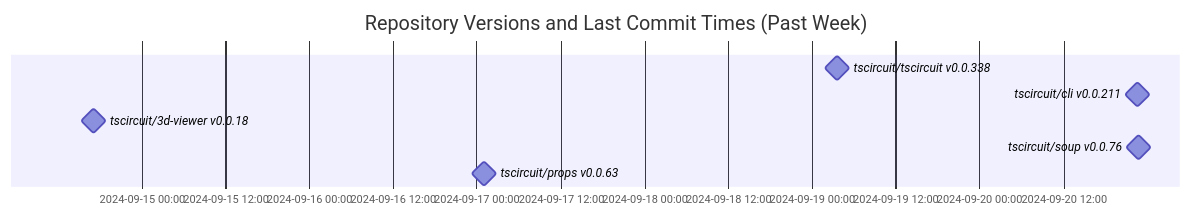
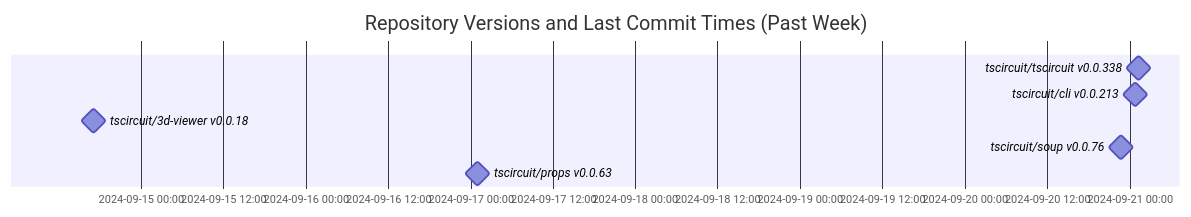
The diagram in README.md (tscircuit/version-tracker), drawn with Mermaid before and after one commit.

Commit message:
Update chart

````diff
--- a/README.md
+++ b/README.md
@@ -1,12 +1,12 @@
 ```mermaid
 gantt
   dateFormat  YYYY-MM-DD HH:mm:ss
   title Repository Versions and Last Commit Times (Past Week)
   axisFormat %Y-%m-%d %H:%M
 
-  tscircuit/tscircuit v0.0.338 : milestone, 2024-09-19 03:33:35, 1s
-  tscircuit/cli v0.0.211 : milestone, 2024-09-20 22:40:53, 1s
+  tscircuit/tscircuit v0.0.338 : milestone, 2024-09-21 01:17:43, 1s
+  tscircuit/cli v0.0.213 : milestone, 2024-09-21 00:47:55, 1s
   tscircuit/3d-viewer v0.0.18 : milestone, 2024-09-14 17:06:37, 1s
   tscircuit/soup v0.0.76 : milestone, 2024-09-20 22:46:17, 1s
   tscircuit/props v0.0.63 : milestone, 2024-09-17 00:58:09, 1s
 ```
````
